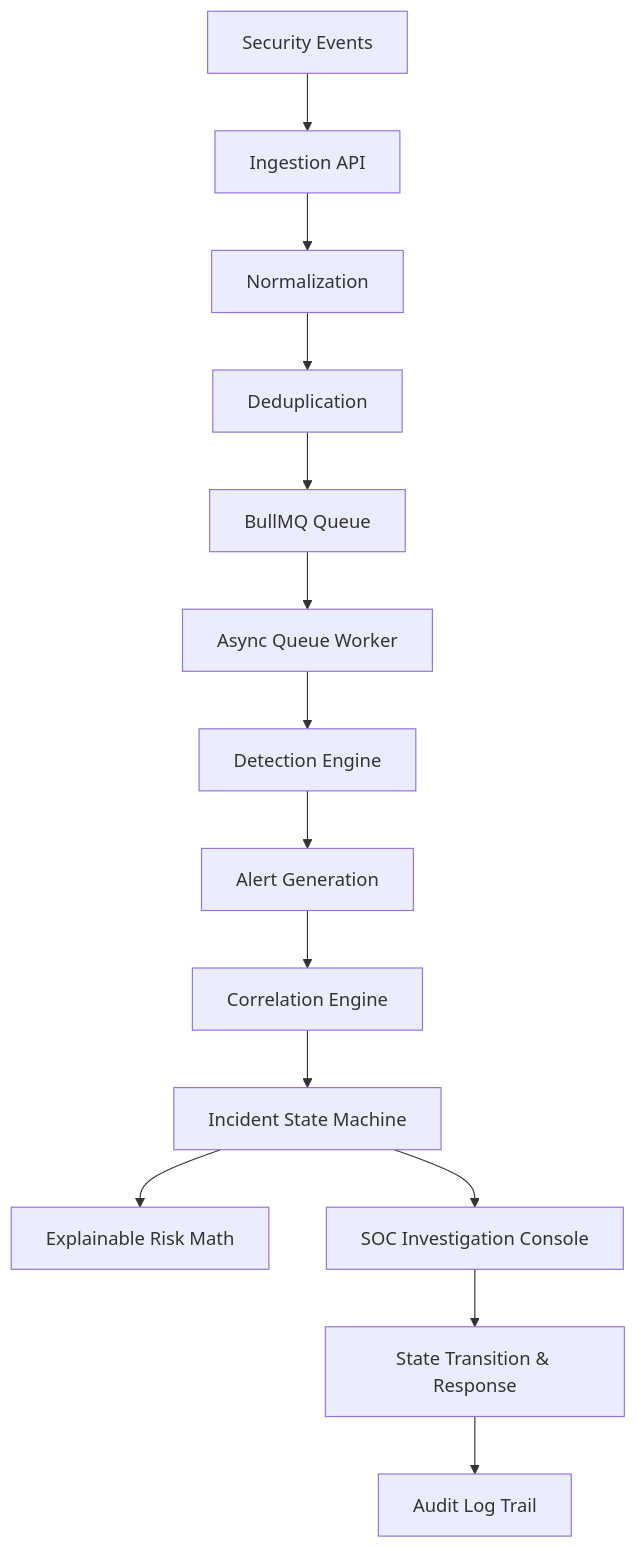
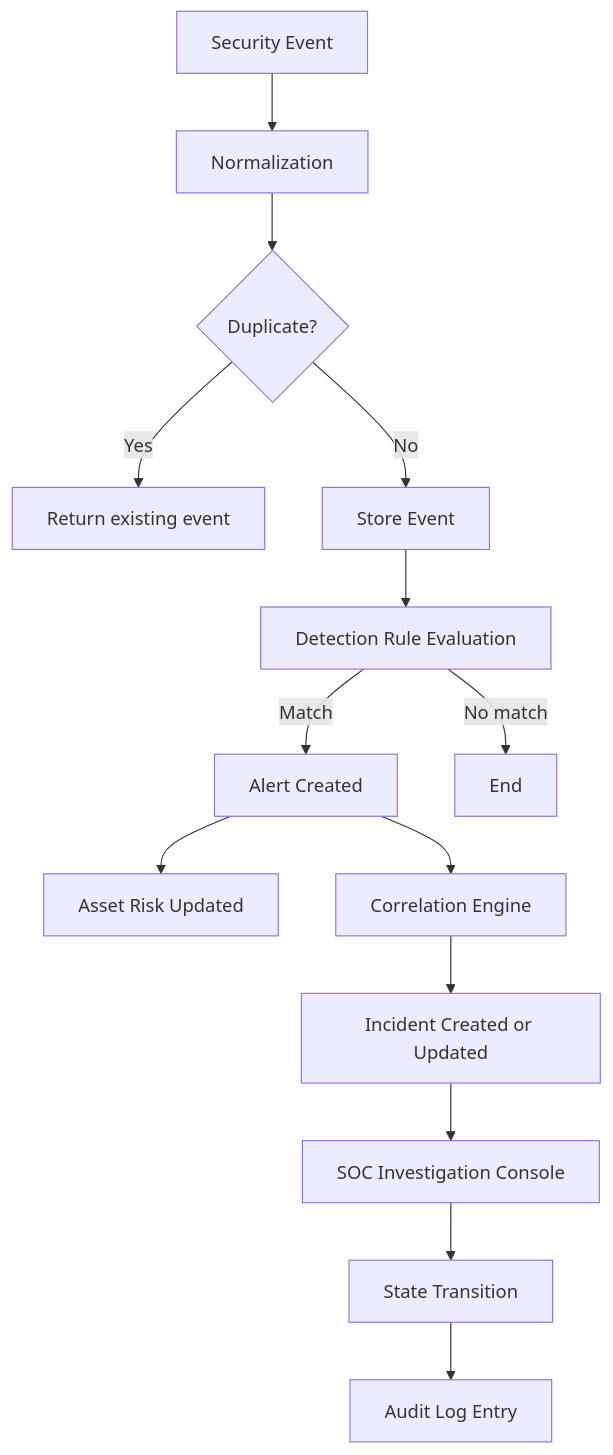
One commit to hickytani/threat changed the first of 2 diagrams in README.md. Above: the diagram before and after it, drawn with Mermaid. The commit also changed other lines of this file, not shown here.

Commit message:
docs: optimize README for hiring signal - architecture, security model, and code navigation

````diff
--- a/README.md
+++ b/README.md
@@ -13,16 +28,16 @@
 ```mermaid
 graph TD
-    SE[Security Events] --> ING[Ingestion API]
-    ING --> NRM[Normalization]
-    NRM --> DUP[Deduplication]
-    DUP --> QUE[BullMQ Queue]
-    QUE --> WRK[Async Queue Worker]
-    WRK --> DET[Detection Engine]
-    DET --> ALR[Alert Generation]
+    SE[Security Event] --> NRM[Normalization]
+    NRM --> DUP{Duplicate?}
+    DUP -->|Yes| SKIP[Return existing event]
+    DUP -->|No| STORE[Store Event]
+    STORE --> DET[Detection Rule Evaluation]
+    DET -->|Match| ALR[Alert Created]
+    DET -->|No match| END[End]
+    ALR --> RSK[Asset Risk Updated]
     ALR --> COR[Correlation Engine]
-    COR --> INC[Incident State Machine]
-    INC --> RSK[Explainable Risk Math]
+    COR --> INC[Incident Created or Updated]
     INC --> INV[SOC Investigation Console]
-    INV --> RSP[State Transition & Response]
-    RSP --> AUD[Audit Log Trail]
+    INV --> TRN[State Transition]
+    TRN --> AUD[Audit Log Entry]
 ```
````
